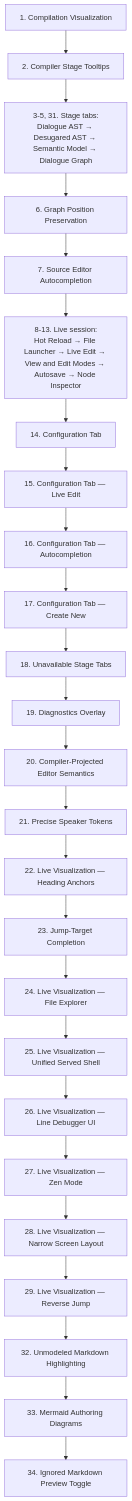
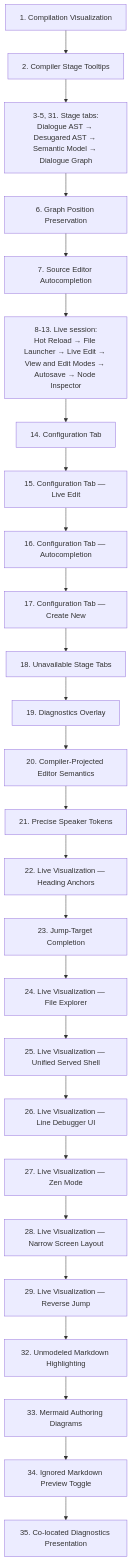
The third of 3 diagrams in docs/contributing/design-notes/README.md (pengzhengyi/dialoguedown), drawn with Mermaid before and after one commit. The commit also changed other lines of this file and 15 other files, not shown here.

Commit message:
fix(visualization): present co-located diagnostics deterministically (#277)

````diff
--- a/docs/contributing/design-notes/README.md
+++ b/docs/contributing/design-notes/README.md
@@ -137,27 +137,28 @@
 ```mermaid
 flowchart TB
     CV["1. Compilation Visualization"] --> TT["2. Compiler Stage Tooltips"]
     TT --> TABS["3-5, 31. Stage tabs:<br/>Dialogue AST → Desugared AST → Semantic Model → Dialogue Graph"]
     TABS --> GX["6. Graph Position Preservation"]
     GX --> AC["7. Source Editor Autocompletion"]
     AC --> LIVE["8-13. Live session:<br/>Hot Reload → File Launcher → Live Edit → View and Edit Modes → Autosave → Node Inspector"]
     LIVE --> CFG["14. Configuration Tab"]
     CFG --> CFGLE["15. Configuration Tab — Live Edit"]
     CFGLE --> CFGAC["16. Configuration Tab — Autocompletion"]
     CFGAC --> CFGCN["17. Configuration Tab — Create New"]
     CFGCN --> UST["18. Unavailable Stage Tabs"]
     UST --> DGO["19. Diagnostics Overlay"]
     DGO --> CPE["20. Compiler-Projected Editor Semantics"]
     CPE --> PST["21. Precise Speaker Tokens"]
     PST --> HA["22. Live Visualization — Heading Anchors"]
     HA --> JTC["23. Jump-Target Completion"]
     JTC --> FE["24. Live Visualization — File Explorer"]
     FE --> USS["25. Live Visualization — Unified Served Shell"]
     USS --> LDU["26. Live Visualization — Line Debugger UI"]
     LDU --> ZEN["27. Live Visualization — Zen Mode"]
     ZEN --> NSL["28. Live Visualization — Narrow Screen Layout"]
     NSL --> RJ["29. Live Visualization — Reverse Jump"]
     RJ --> UMH["32. Unmodeled Markdown Highlighting"]
     UMH --> MAD["33. Mermaid Authoring Diagrams"]
     MAD --> IMT["34. Ignored Markdown Preview Toggle"]
+    IMT --> CDP["35. Co-located Diagnostics Presentation"]
 ```
````
